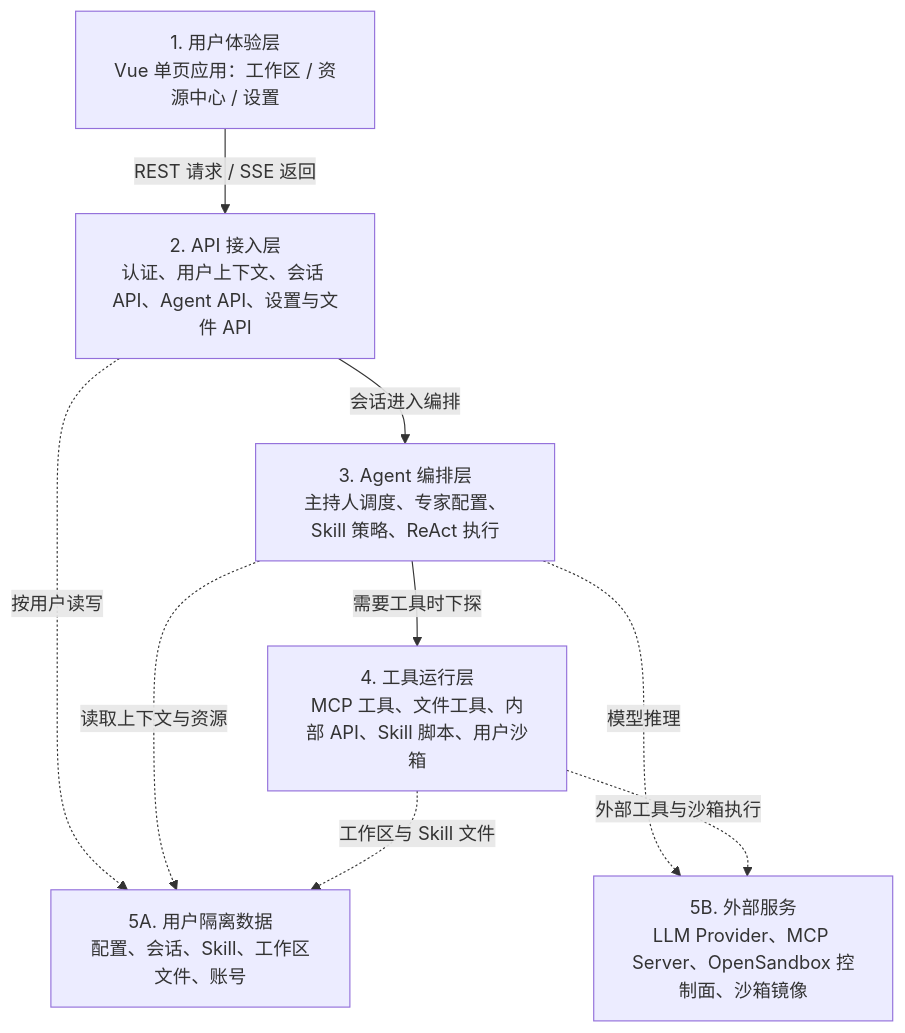
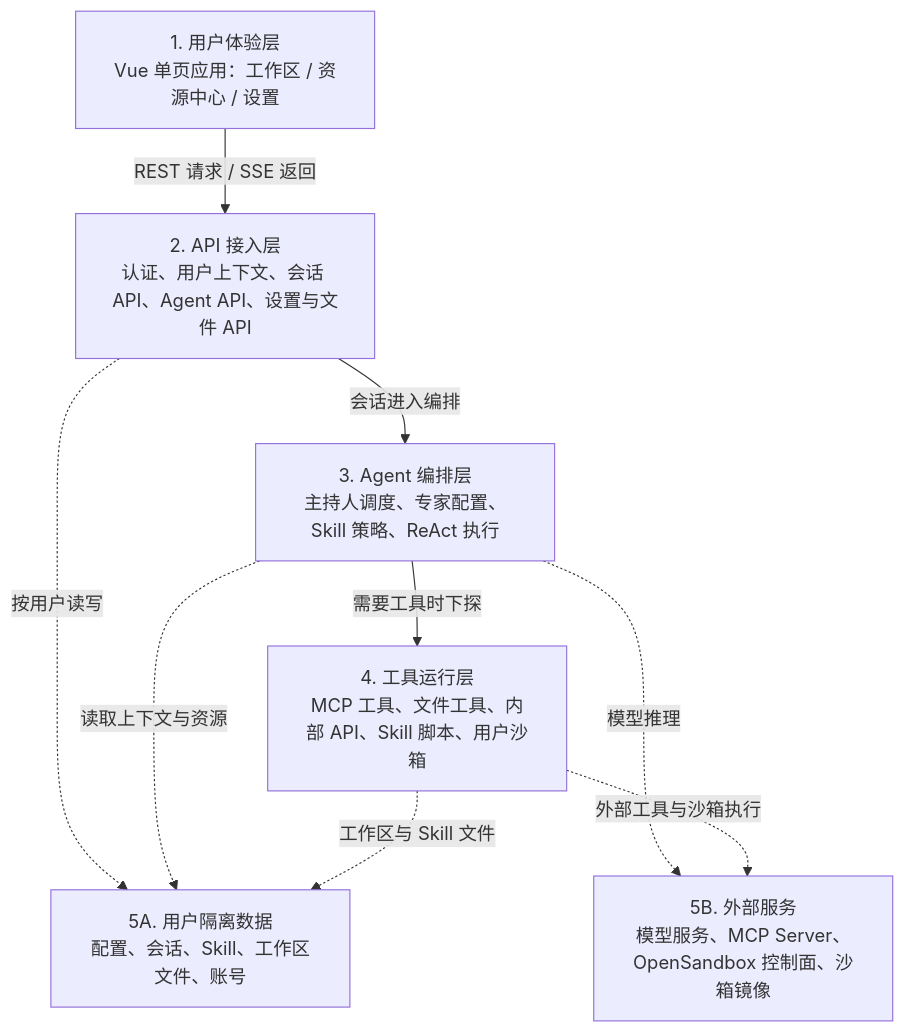
The first of 2 diagrams in docs/architecture/system-architecture.md (gaoguodong03/shichai), drawn with Mermaid before and after one commit. The commit also changed other lines of this file and 25 other files, not shown here.

````diff
--- a/docs/architecture/system-architecture.md
+++ b/docs/architecture/system-architecture.md
@@ -23,18 +23,18 @@
 ```mermaid
 flowchart TB
   UI["1. 用户体验层<br/>Vue 单页应用：工作区 / 资源中心 / 设置"]
   API["2. API 接入层<br/>认证、用户上下文、会话 API、Agent API、设置与文件 API"]
   Agent["3. Agent 编排层<br/>主持人调度、专家配置、Skill 策略、ReAct 执行"]
   Runtime["4. 工具运行层<br/>MCP 工具、文件工具、内部 API、Skill 脚本、用户沙箱"]
   Data["5A. 用户隔离数据<br/>配置、会话、Skill、工作区文件、账号"]
-  External["5B. 外部服务<br/>LLM Provider、MCP Server、OpenSandbox 控制面、沙箱镜像"]
+  External["5B. 外部服务<br/>模型服务、MCP Server、OpenSandbox 控制面、沙箱镜像"]
 
   UI -->|REST 请求 / SSE 返回| API
   API -->|会话进入编排| Agent
   Agent -->|需要工具时下探| Runtime
   API -.按用户读写.-> Data
   Agent -.读取上下文与资源.-> Data
   Runtime -.工作区与 Skill 文件.-> Data
   Agent -.模型推理.-> External
   Runtime -.外部工具与沙箱执行.-> External
 ```
````
